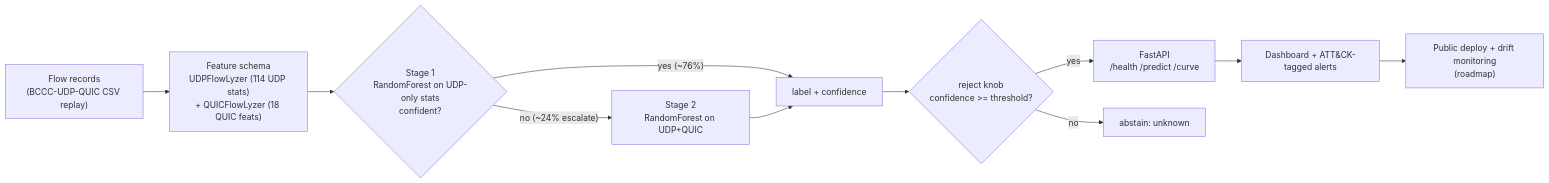
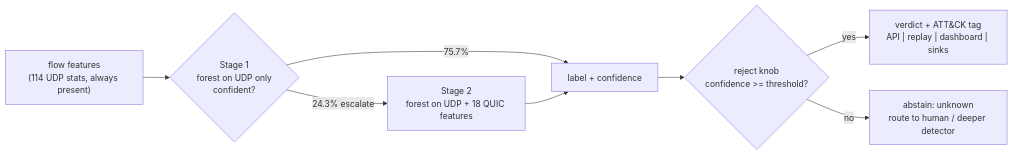
One commit to Aeripsen/flowsentry changed the diagram in README.md. Above: the diagram before and after it, drawn with Mermaid. The commit also changed other lines of this file and 2 other files, not shown here.

````diff
--- a/README.md
+++ b/README.md
@@ -30,13 +70,10 @@
 ```mermaid
 flowchart LR
-    A["Flow records<br/>(BCCC-UDP-QUIC CSV replay)"] --> B["Feature schema<br/>UDPFlowLyzer (114 UDP stats)<br/>+ QUICFlowLyzer (18 QUIC feats)"]
-    B --> C{"Stage 1<br/>RandomForest on UDP-only stats<br/>confident?"}
-    C -- "yes (~76%)" --> E["label + confidence"]
-    C -- "no (~24% escalate)" --> D["Stage 2<br/>RandomForest on UDP+QUIC"]
-    D --> E
-    E --> F{"reject knob<br/>confidence >= threshold?"}
-    F -- "yes" --> G["FastAPI<br/>/health /predict /curve"]
-    F -- "no" --> H["abstain: unknown"]
-    G --> I["Dashboard + ATT&CK-tagged alerts"]
-    I --> J["Public deploy + drift monitoring<br/>(roadmap)"]
+    A["flow features<br/>(114 UDP stats, always present)"] --> B{"Stage 1<br/>forest on UDP only<br/>confident?"}
+    B -- "75.7%" --> D["label + confidence"]
+    B -- "24.3% escalate" --> C["Stage 2<br/>forest on UDP + 18 QUIC features"]
+    C --> D
+    D --> E{"reject knob<br/>confidence >= threshold?"}
+    E -- yes --> F["verdict + ATT&CK tag<br/>API | replay | dashboard | sinks"]
+    E -- no --> G["abstain: unknown<br/>route to human / deeper detector"]
 ```
````
